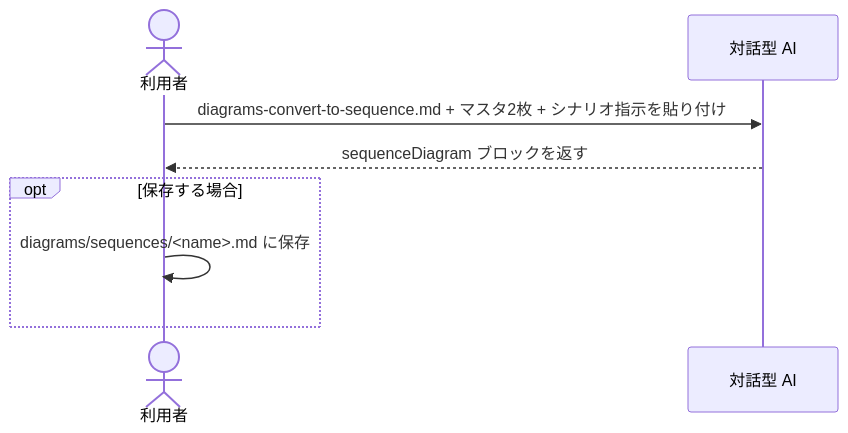
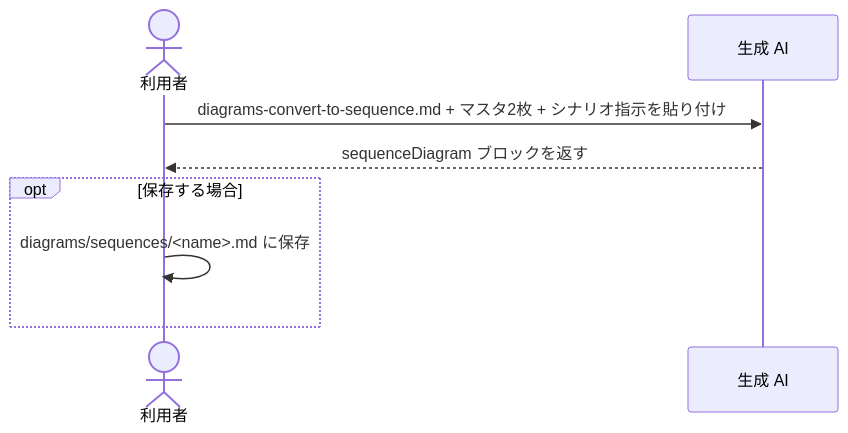
One commit to yasuhiro112358/ai-agent-toolkit changed the diagram in prompts/diagram-keeper/docs/how-to/derive-sequence.md. Above: the diagram before and after it, drawn with Mermaid. The commit also changed 8 other files, not shown here.

First line of the commit message:
docs(diagram-keeper): replace 対話型生成AI with 生成AI throughout

````diff
--- a/prompts/diagram-keeper/docs/how-to/derive-sequence.md
+++ b/prompts/diagram-keeper/docs/how-to/derive-sequence.md
@@ -11,12 +11,12 @@
 ```mermaid
 sequenceDiagram
     actor 利用者
-    participant AI as 対話型 AI
+    participant AI as 生成 AI
 
     利用者->>AI: diagrams-convert-to-sequence.md + マスタ2枚 + シナリオ指示を貼り付け
     AI-->>利用者: sequenceDiagram ブロックを返す
 
     opt 保存する場合
         利用者->>利用者: diagrams/sequences/<name>.md に保存
     end
 ```
````
